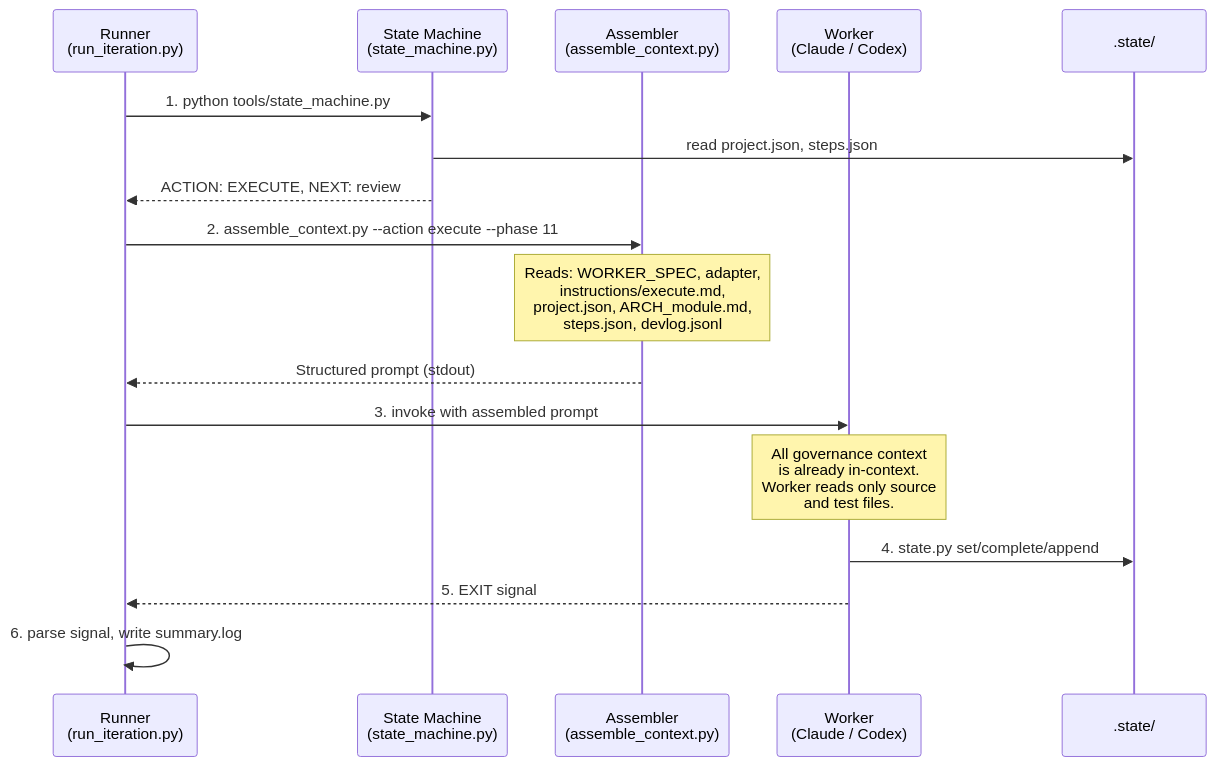
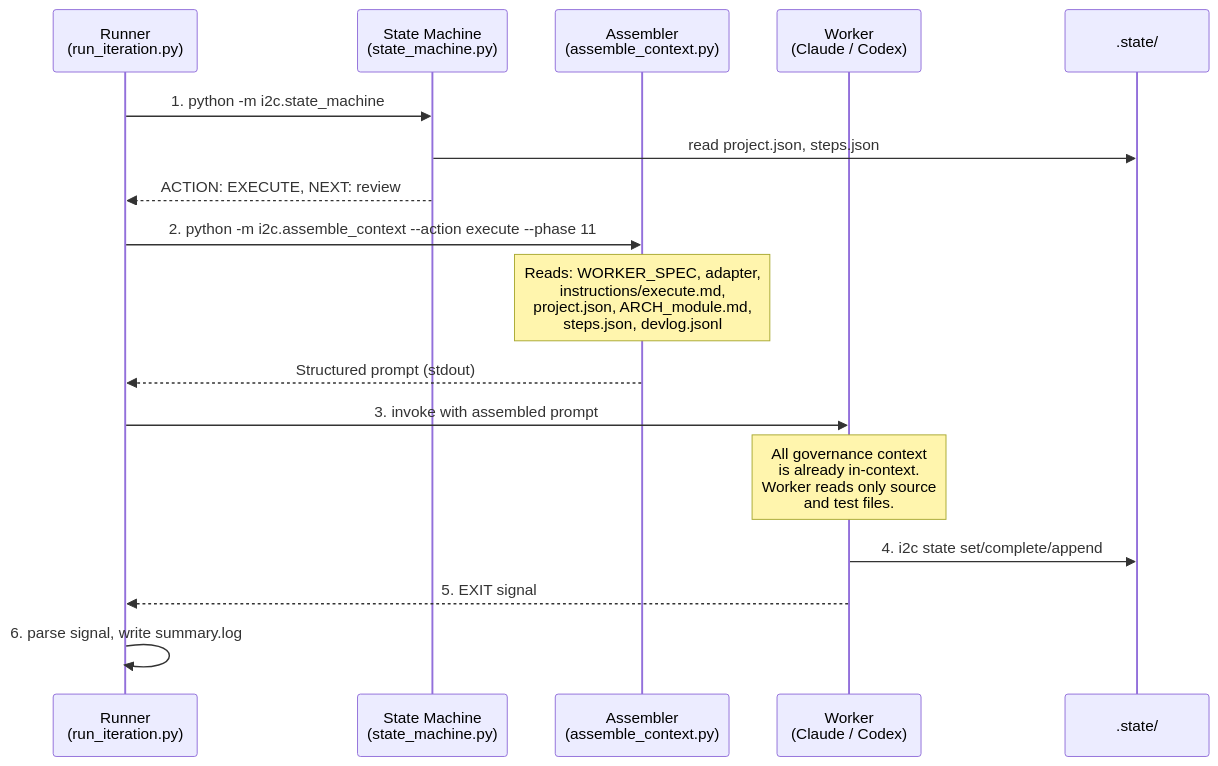
One commit to LesTP/i2c changed the third of 5 diagrams in WORKFLOW.md. Above: the diagram before and after it, drawn with Mermaid. The commit also changed other lines of this file and 49 other files, not shown here.

First line of the commit message:
build: package i2c (tools/->i2c/) + schema_version & i2c migrate (Phase 2 §5, §8)

````diff
--- a/WORKFLOW.md
+++ b/WORKFLOW.md
@@ -86,22 +86,22 @@
 ```mermaid
 sequenceDiagram
     participant R as Runner<br/>(run_iteration.py)
     participant SM as State Machine<br/>(state_machine.py)
     participant ASM as Assembler<br/>(assemble_context.py)
     participant W as Worker<br/>(Claude / Codex)
     participant ST as .state/
 
-    R->>SM: 1. python tools/state_machine.py
+    R->>SM: 1. python -m i2c.state_machine
     SM->>ST: read project.json, steps.json
     SM-->>R: ACTION: EXECUTE, NEXT: review
 
-    R->>ASM: 2. assemble_context.py --action execute --phase 11
+    R->>ASM: 2. python -m i2c.assemble_context --action execute --phase 11
     Note over ASM: Reads: WORKER_SPEC, adapter,<br/>instructions/execute.md,<br/>project.json, ARCH_module.md,<br/>steps.json, devlog.jsonl
     ASM-->>R: Structured prompt (stdout)
 
     R->>W: 3. invoke with assembled prompt
     Note over W: All governance context<br/>is already in-context.<br/>Worker reads only source<br/>and test files.
-    W->>ST: 4. state.py set/complete/append
+    W->>ST: 4. i2c state set/complete/append
     W-->>R: 5. EXIT signal
     R->>R: 6. parse signal, write summary.log
 ```
````
